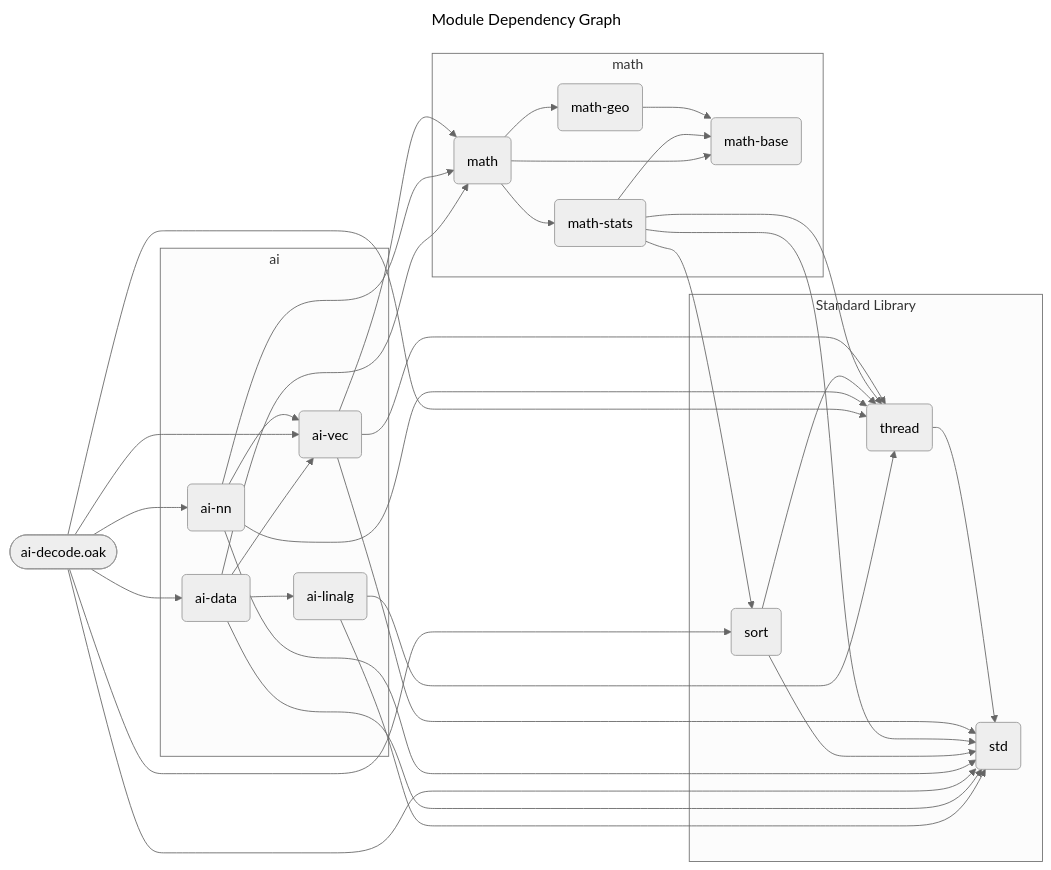
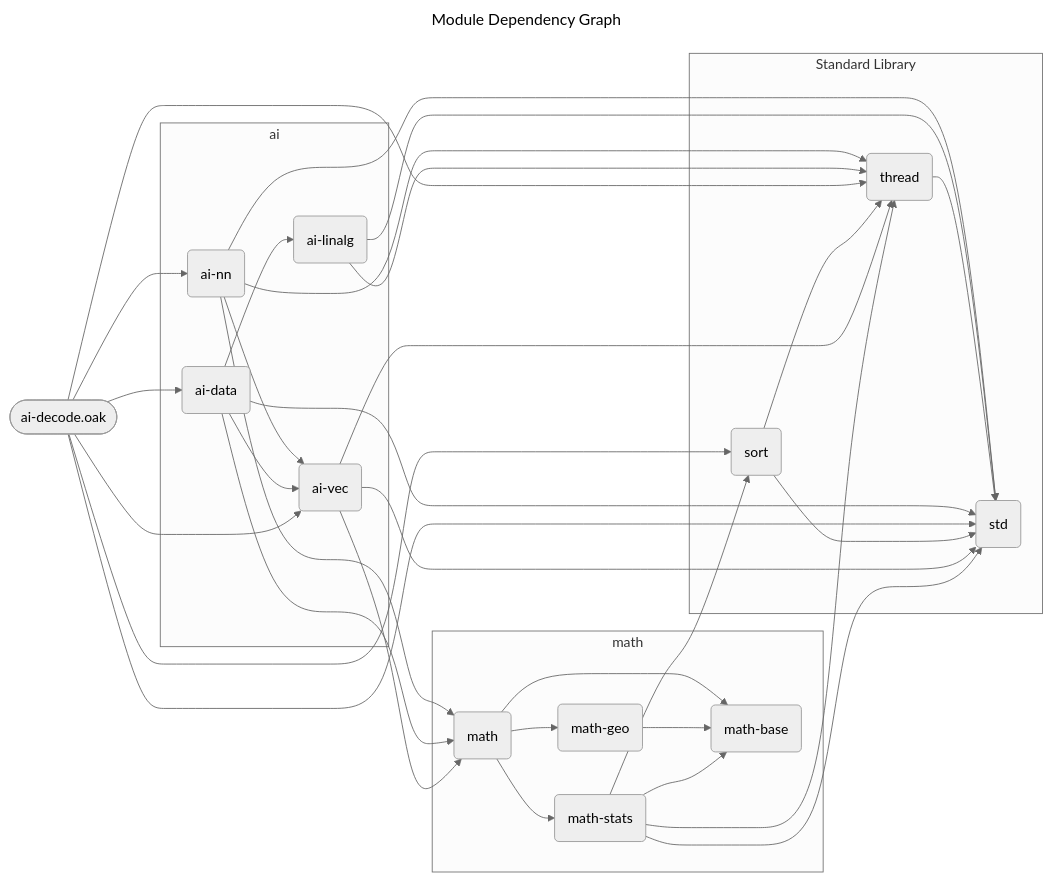
Before and after one commit to SpcFORK/magnolia: the diagram in docs/spec/ai-decode.mmd, drawn with Mermaid (neutral theme). The commit also changed other lines of this file and 156 other files, not shown here.

```diff
--- a/docs/spec/ai-decode.mmd
+++ b/docs/spec/ai-decode.mmd
@@ -1,52 +1,52 @@
 ---
 title: Module Dependency Graph
 ---
 flowchart LR
     lib_ai_decode_oak(["ai-decode.oak"])
+    subgraph stdlib_math ["math"]
+        math("math")
+        math_geo("math-geo")
+        math_base("math-base")
+        math_stats("math-stats")
+    end
     subgraph stdlib_ai ["ai"]
+        ai_nn("ai-nn")
+        ai_linalg("ai-linalg")
+        ai_data("ai-data")
         ai_vec("ai-vec")
-        ai_nn("ai-nn")
-        ai_data("ai-data")
-        ai_linalg("ai-linalg")
-    end
-    subgraph stdlib_math ["math"]
-        math_base("math-base")
-        math_geo("math-geo")
-        math_stats("math-stats")
-        math("math")
     end
     subgraph stdlib_core ["Standard Library"]
+        sort("sort")
+        thread("thread")
         std("std")
-        thread("thread")
-        sort("sort")
     end
-    thread --> std
-    ai_vec --> std
-    ai_vec --> math
-    ai_vec --> thread
-    math_geo --> math_base
-    math_stats --> std
-    math_stats --> sort
-    math_stats --> math_base
-    math_stats --> thread
-    sort --> std
-    sort --> thread
     ai_nn --> std
     ai_nn --> math
     ai_nn --> thread
     ai_nn --> ai_vec
+    ai_linalg --> std
+    ai_linalg --> thread
+    thread --> std
+    ai_data --> std
+    ai_data --> math
+    ai_data --> ai_vec
+    ai_data --> ai_linalg
+    math --> math_base
+    math --> math_geo
+    math --> math_stats
+    math_geo --> math_base
     lib_ai_decode_oak --> std
     lib_ai_decode_oak --> sort
     lib_ai_decode_oak --> thread
     lib_ai_decode_oak --> ai_vec
     lib_ai_decode_oak --> ai_nn
     lib_ai_decode_oak --> ai_data
-    math --> math_base
-    math --> math_geo
-    math --> math_stats
-    ai_data --> std
-    ai_data --> math
-    ai_data --> ai_vec
-    ai_data --> ai_linalg
-    ai_linalg --> std
-    ai_linalg --> thread
+    sort --> std
+    sort --> thread
+    ai_vec --> std
+    ai_vec --> math
+    ai_vec --> thread
+    math_stats --> std
+    math_stats --> sort
+    math_stats --> math_base
+    math_stats --> thread
```
